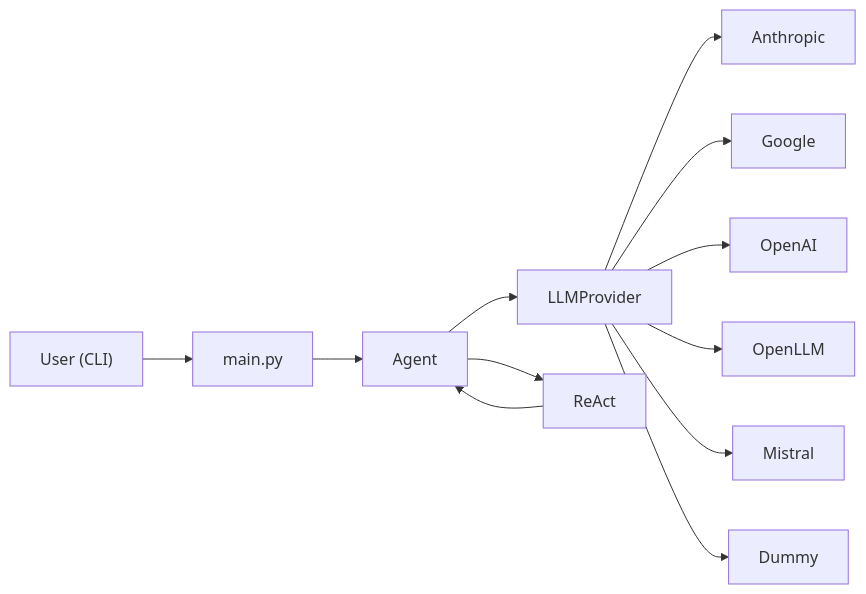
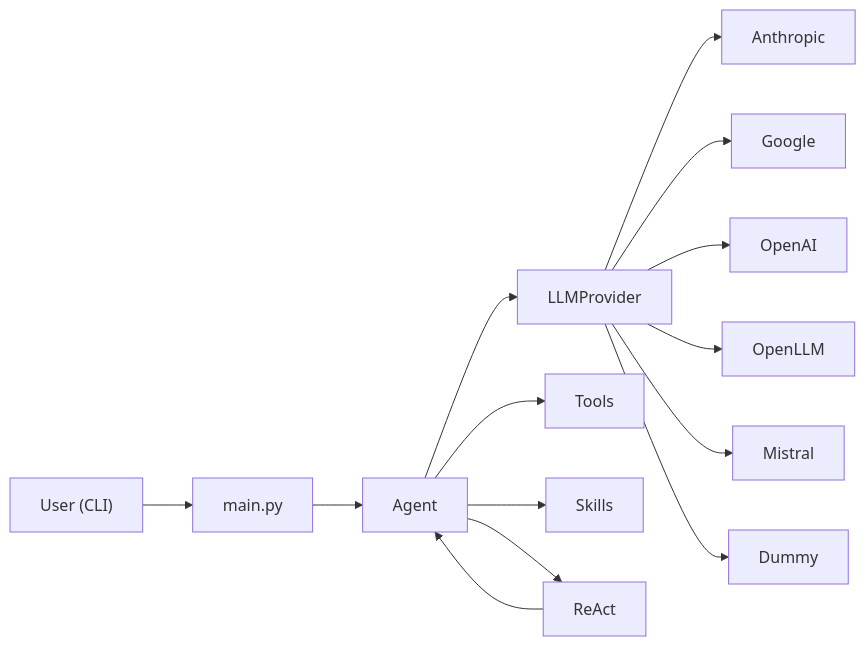
Before and after one commit to cl3m3nt/sunraise: the diagram in README.md, drawn with Mermaid. The commit also changed other lines of this file and 1 other file, not shown here.

Commit message:
updating readme with skills + version bump (#64)

````diff
--- a/README.md
+++ b/README.md
@@ -167,14 +177,16 @@
 ```mermaid
 flowchart LR
     User["User (CLI)"] --> Main["main.py"]
     Main --> Agent["Agent"]
     Agent --> LLM["LLMProvider"]
+    Agent --> Tools
+    Agent --> Skills
     Agent --> ReAct
     ReAct --> Agent
     LLM --> Anthropic
     LLM --> Google
     LLM --> OpenAI
     LLM --> OpenLLM
     LLM --> Mistral
     LLM --> Dummy
 ```
````
